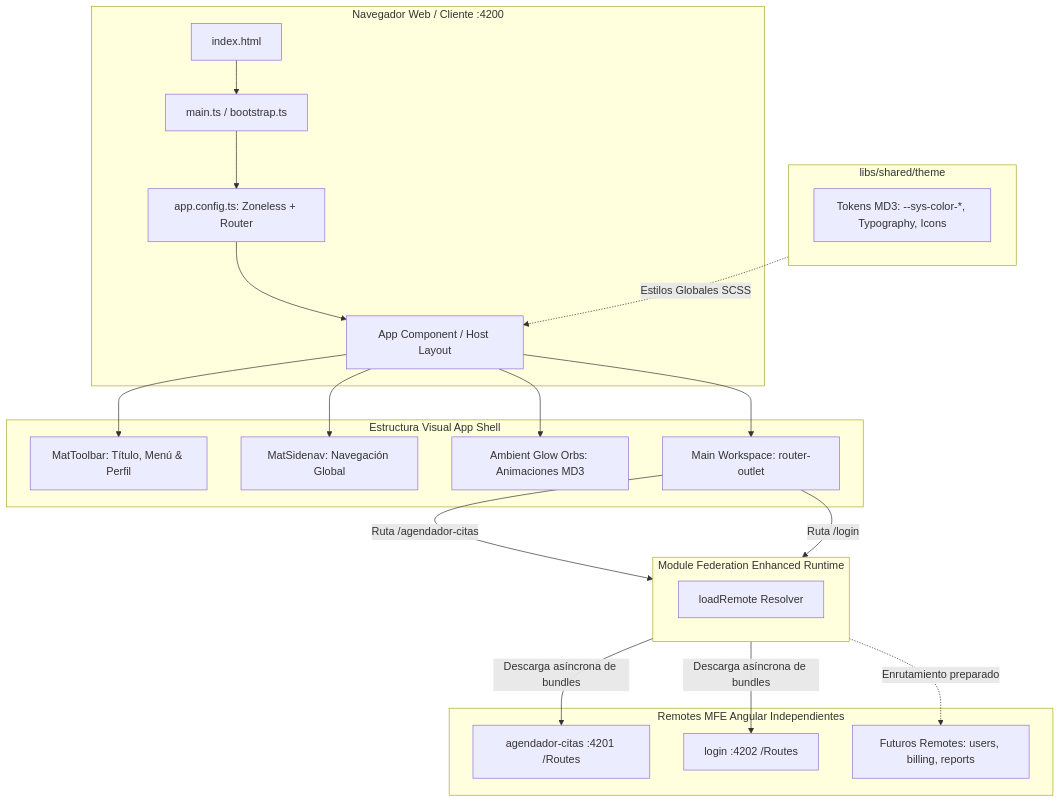
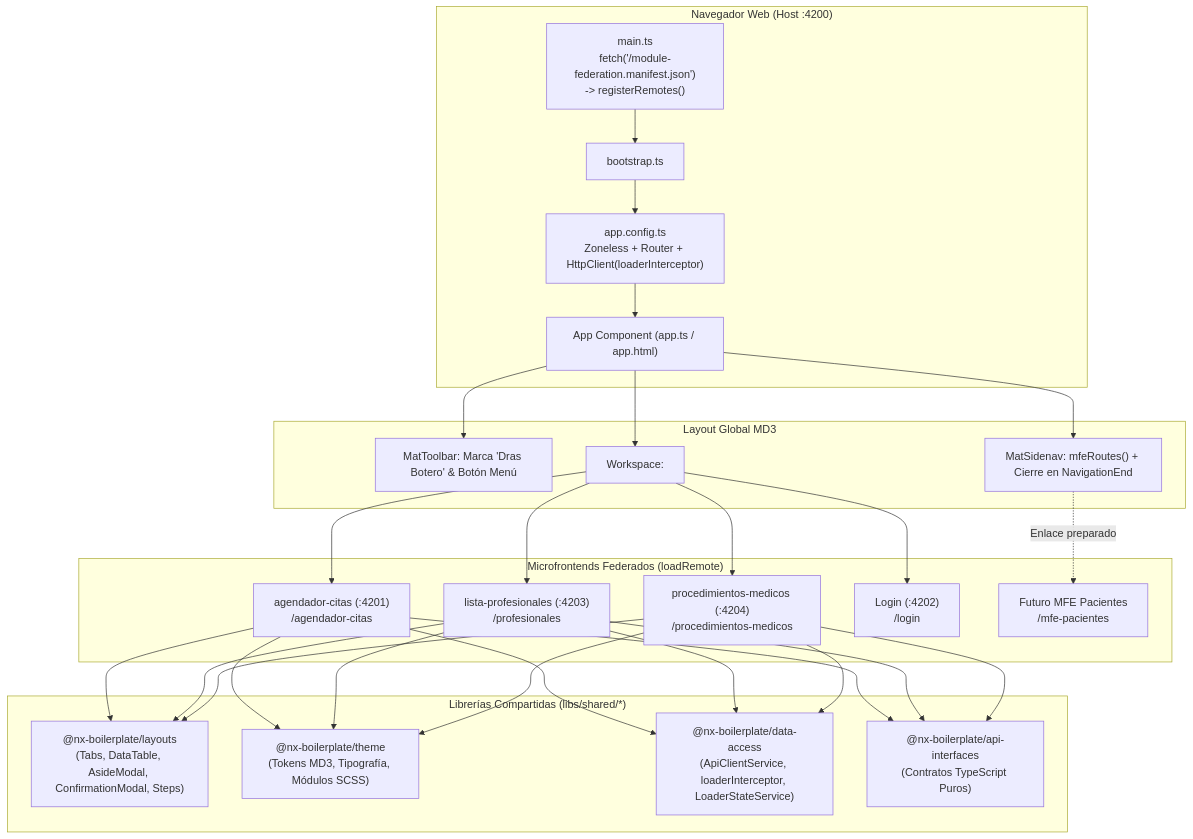
One commit to ctg-angular-lab/nx-boilerplate changed the diagram in docs/documentacion-front/app-shell.md. Above: the diagram before and after it, drawn with Mermaid. The commit also changed other lines of this file and 12 other files, not shown here.

First line of the commit message:
docs: modularize backend and frontend documentation architecture

````diff
--- a/docs/documentacion-front/app-shell.md
+++ b/docs/documentacion-front/app-shell.md
@@ -26,36 +44,34 @@
 ```mermaid
 graph TD
-    subgraph Browser [Navegador Web / Cliente :4200]
-        Index[index.html] --> Bootstrap[main.ts / bootstrap.ts]
-        Bootstrap --> Config[app.config.ts: Zoneless + Router]
-        Config --> ShellApp[App Component / Host Layout]
+    subgraph Browser ["Navegador Web (Host :4200)"]
+        Main["main.ts\nfetch('/module-federation.manifest.json')\n-> registerRemotes()"] --> Bootstrap["bootstrap.ts"]
+        Bootstrap --> Config["app.config.ts\nZoneless + Router + HttpClient(loaderInterceptor)"]
+        Config --> ShellApp["App Component (app.ts / app.html)"]
     end
 
-    subgraph ShellLayout [Estructura Visual App Shell]
-        ShellApp --> Topbar[MatToolbar: Título, Menú & Perfil]
-        ShellApp --> Sidenav[MatSidenav: Navegación Global]
-        ShellApp --> AmbientOrbs[Ambient Glow Orbs: Animaciones MD3]
-        ShellApp --> Workspace[Main Workspace: router-outlet]
+    subgraph ShellLayout ["Layout Global MD3"]
+        ShellApp --> Topbar["MatToolbar: Marca 'Dras Botero' & Botón Menú"]
+        ShellApp --> Sidenav["MatSidenav: mfeRoutes() + Cierre en NavigationEnd"]
+        ShellApp --> Workspace["Workspace: <router-outlet>"]
     end
 
-    subgraph FedRuntime [Module Federation Enhanced Runtime]
-        MfeResolver[loadRemote Resolver]
+    subgraph Remotes ["Microfrontends Federados (loadRemote)"]
+        R_AG["agendador-citas (:4201)\n/agendador-citas"]
+        R_LP["lista-profesionales (:4203)\n/profesionales"]
+        R_PM["procedimientos-medicos (:4204)\n/procedimientos-medicos"]
+        R_LG["Login (:4202)\n/login"]
+        R_HP["Futuro MFE Pacientes\n/mfe-pacientes"]
     end
 
-    subgraph RemoteMFEs [Remotes MFE Angular Independientes]
-        RemoteAgendador[agendador-citas :4201 /Routes]
-        RemoteLogin[login :4202 /Routes]
-        RemoteFuture[Futuros Remotes: users, billing, reports]
+    Workspace --> R_AG & R_LP & R_PM & R_LG
+    Sidenav -.->|Enlace preparado| R_HP
+
+    subgraph SharedLibs ["Librerías Compartidas (libs/shared/*)"]
+        L_LAY["@nx-boilerplate/layouts\n(Tabs, DataTable, AsideModal, ConfirmationModal, Steps)"]
+        L_THM["@nx-boilerplate/theme\n(Tokens MD3, Tipografía, Módulos SCSS)"]
+        L_DA["@nx-boilerplate/data-access\n(ApiClientService, loaderInterceptor, LoaderStateService)"]
+        L_INT["@nx-boilerplate/api-interfaces\n(Contratos TypeScript Puros)"]
     end
 
-    Workspace -->|Ruta /agendador-citas| FedRuntime
-    Workspace -->|Ruta /login| FedRuntime
-    FedRuntime -->|Descarga asíncrona de bundles| RemoteAgendador
-    FedRuntime -->|Descarga asíncrona de bundles| RemoteLogin
-    FedRuntime -.->|Enrutamiento preparado| RemoteFuture
-
-    subgraph SharedTheme [libs/shared/theme]
-        ThemeTokens[Tokens MD3: --sys-color-*, Typography, Icons]
-    end
-    SharedTheme -.->|Estilos Globales SCSS| ShellApp
+    R_AG & R_LP & R_PM --> L_LAY & L_THM & L_DA & L_INT
 ```
````
